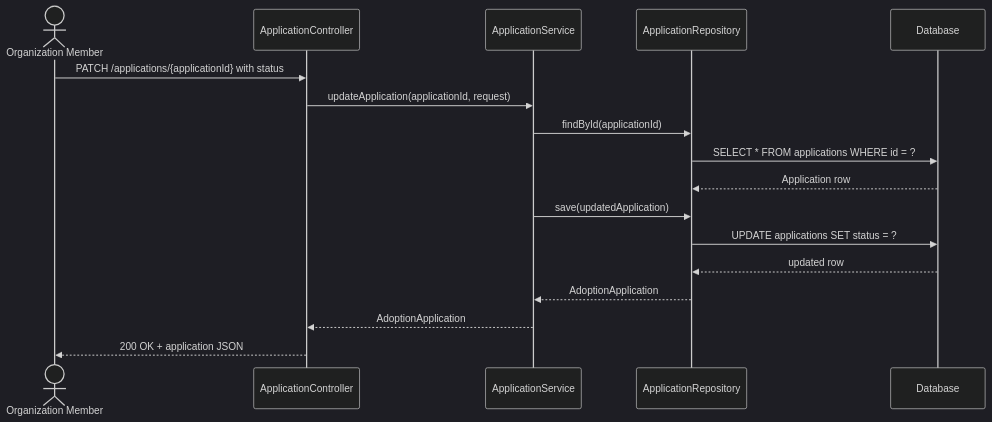
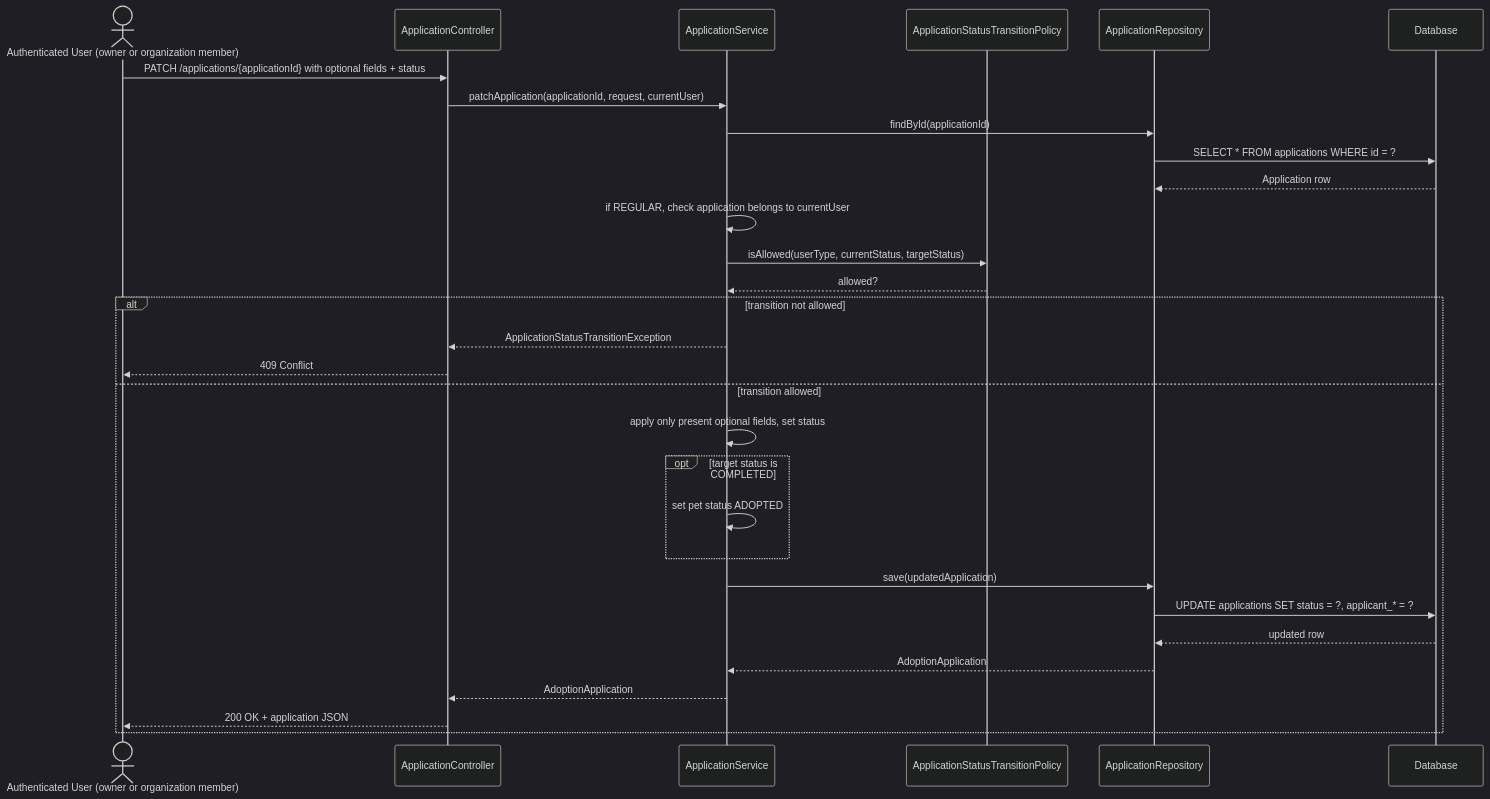
One commit to daniel9917/adopcion-service changed diagram 11 of 13 in docs/architecture/sequence-models.md. Above: the diagram before and after it, drawn with Mermaid (dark theme). The commit also changed other lines of this file and 12 other files, not shown here.

Commit message:
Adding new application status completed and adding control over which user can update what status. Applying security config, New exception 409 conflict, adding patchApplication method, fixin database columns, adding tests.

````diff
--- a/docs/architecture/sequence-models.md
+++ b/docs/architecture/sequence-models.md
@@ -276,20 +276,33 @@
 ```mermaid
 sequenceDiagram
-    actor OrgMember as Organization Member
+    actor User as Authenticated User (owner or organization member)
     participant Controller as ApplicationController
     participant Service as ApplicationService
+    participant Policy as ApplicationStatusTransitionPolicy
     participant Repo as ApplicationRepository
     participant DB as Database
 
-    OrgMember->>Controller: PATCH /applications/{applicationId} with status
-    Controller->>Service: updateApplication(applicationId, request)
+    User->>Controller: PATCH /applications/{applicationId} with optional fields + status
+    Controller->>Service: patchApplication(applicationId, request, currentUser)
     Service->>Repo: findById(applicationId)
     Repo->>DB: SELECT * FROM applications WHERE id = ?
     DB-->>Repo: Application row
-    Service->>Repo: save(updatedApplication)
-    Repo->>DB: UPDATE applications SET status = ?
-    DB-->>Repo: updated row
-    Repo-->>Service: AdoptionApplication
-    Service-->>Controller: AdoptionApplication
-    Controller-->>OrgMember: 200 OK + application JSON
+    Service->>Service: if REGULAR, check application belongs to currentUser
+    Service->>Policy: isAllowed(userType, currentStatus, targetStatus)
+    Policy-->>Service: allowed?
+    alt transition not allowed
+        Service-->>Controller: ApplicationStatusTransitionException
+        Controller-->>User: 409 Conflict
+    else transition allowed
+        Service->>Service: apply only present optional fields, set status
+        opt target status is COMPLETED
+            Service->>Service: set pet status ADOPTED
+        end
+        Service->>Repo: save(updatedApplication)
+        Repo->>DB: UPDATE applications SET status = ?, applicant_* = ?
+        DB-->>Repo: updated row
+        Repo-->>Service: AdoptionApplication
+        Service-->>Controller: AdoptionApplication
+        Controller-->>User: 200 OK + application JSON
+    end
 ```
````
